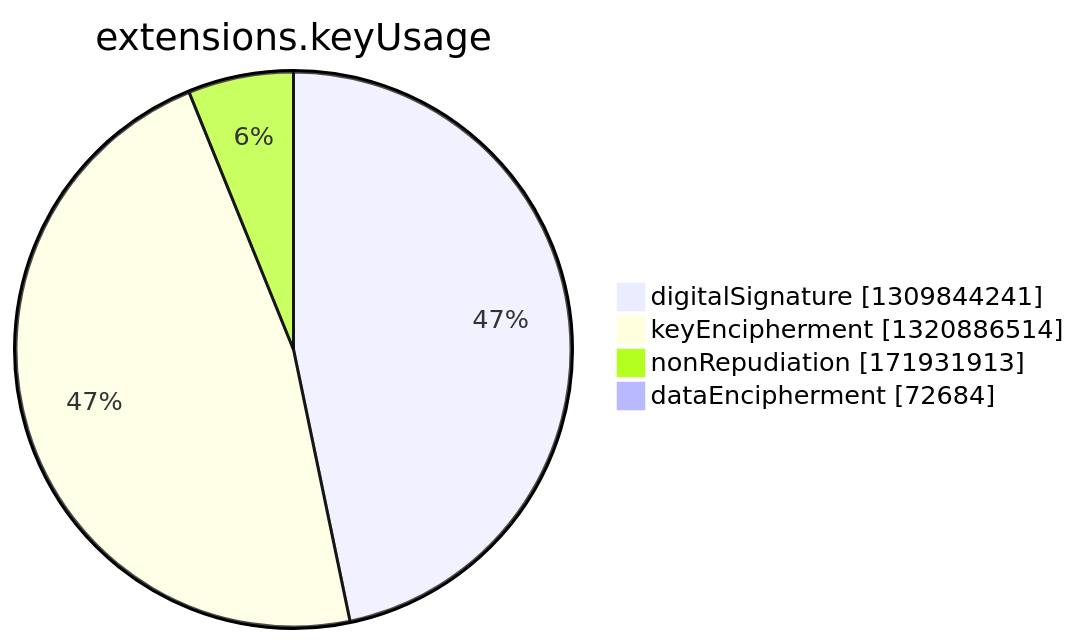
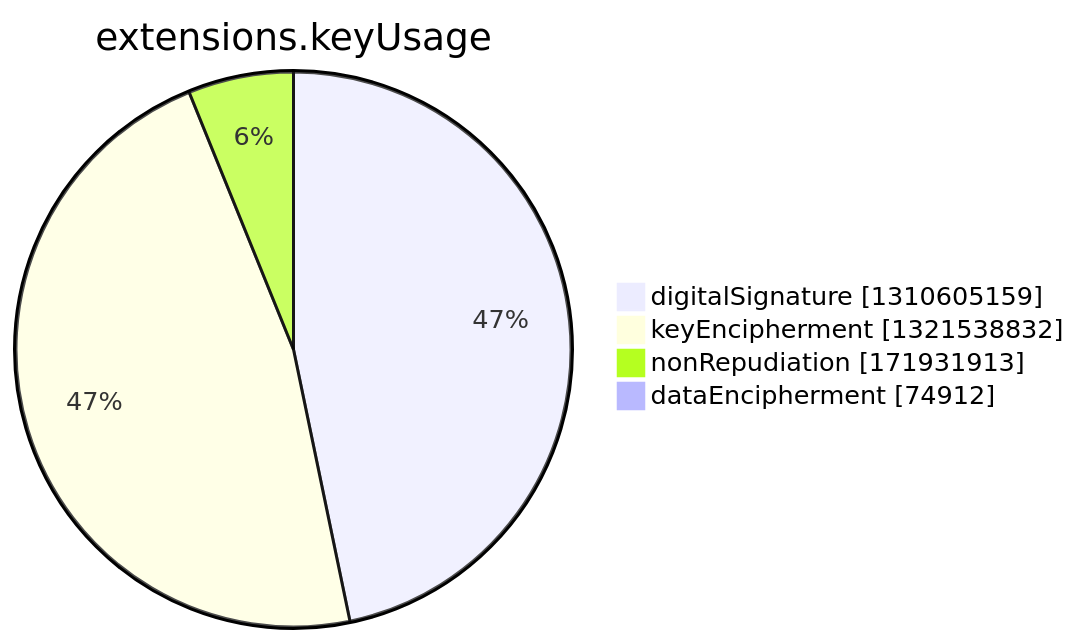
One commit to christiankrug/ctmonitor_visualization changed the seventh of 15 diagrams in argon2022/README.md. Above: the diagram before and after it, drawn with Mermaid. The commit also changed other lines of this file, not shown here.

````diff
--- a/argon2022/README.md
+++ b/argon2022/README.md
@@ -2750,8 +2750,8 @@
 ```mermaid
 pie showData
 title extensions.keyUsage
-"digitalSignature" :1309844241
-"keyEncipherment" :1320886514
+"digitalSignature" :1310605159
+"keyEncipherment" :1321538832
 "nonRepudiation" :171931913
-"dataEncipherment" :72684
+"dataEncipherment" :74912
 ```
````
